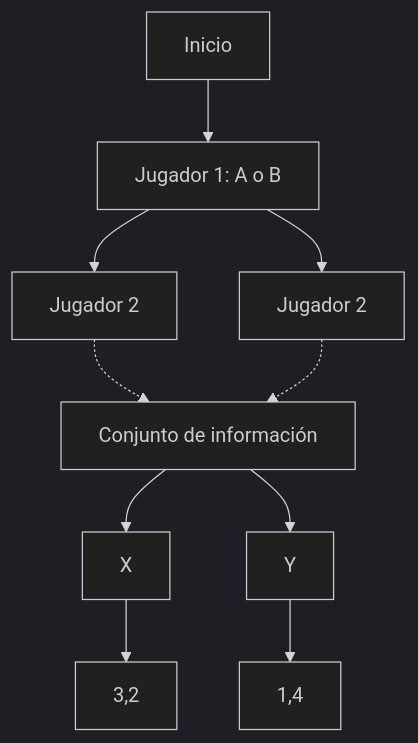
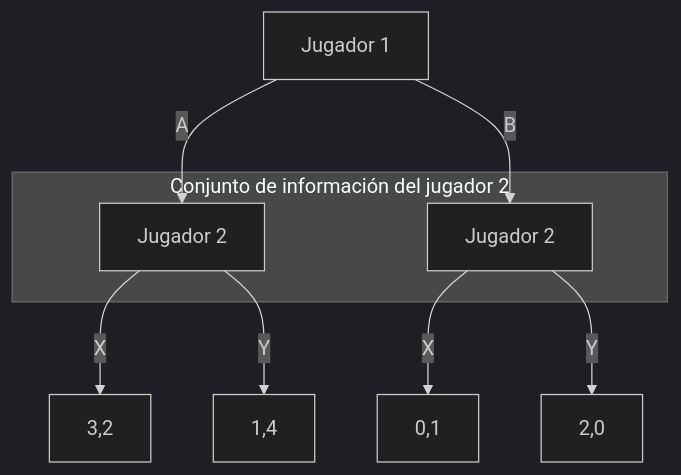
Before and after one commit to djaimej/computer-science-template: the third of 5 diagrams in public/documents/semester-2/3/2382.md, drawn with Mermaid (dark theme). The commit also changed other lines of this file and 38 other files, not shown here.

````diff
--- a/public/documents/semester-2/3/2382.md
+++ b/public/documents/semester-2/3/2382.md
@@ -146,12 +148,13 @@
 ```mermaid
 graph TD
-    A[Inicio] --> B[Jugador 1: A o B]
-    B --> C[Jugador 2]
-    B --> D[Jugador 2]
-    C -.-> E[Conjunto de información]
-    D -.-> E
-    E --> F[X]
-    E --> G[Y]
-    F --> H[3,2]
-    G --> I[1,4]
+    J1[Jugador 1] -->|A| C[Jugador 2]
+    J1 -->|B| D[Jugador 2]
+    subgraph INFO["Conjunto de información del jugador 2"]
+        C
+        D
+    end
+    C -->|X| R1["3,2"]
+    C -->|Y| R2["1,4"]
+    D -->|X| R3["0,1"]
+    D -->|Y| R4["2,0"]
 ```
````
